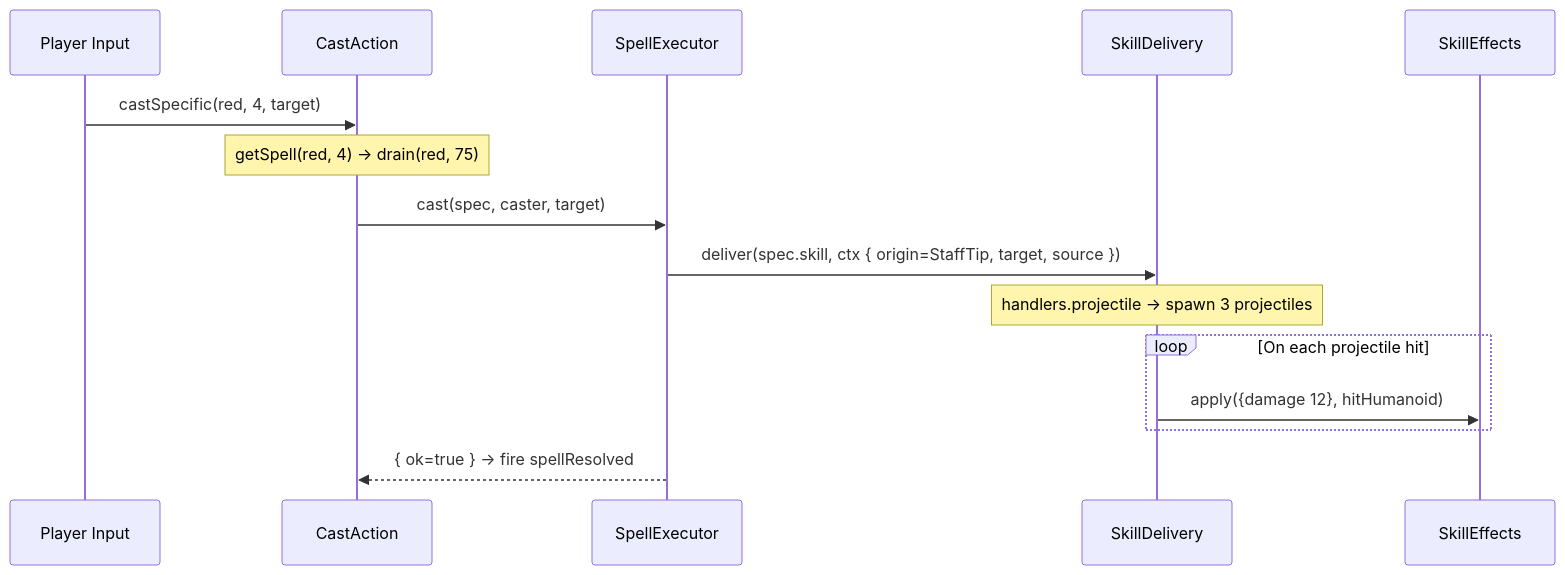
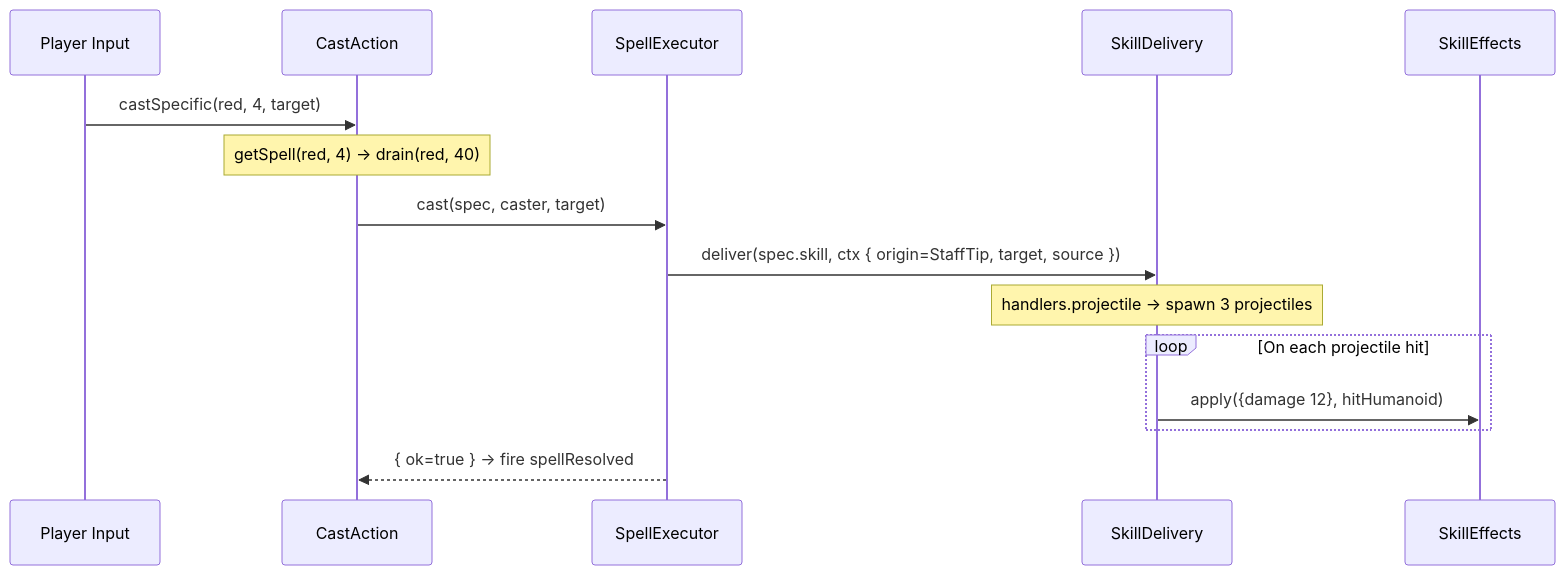
Before and after one commit to Lukizanda/brain-fighter: the fourth of 5 diagrams in wiki/systems/SkillPipeline.md, drawn with Mermaid. The commit also changed other lines of this file and 35 other files, not shown here.

````diff
--- a/wiki/systems/SkillPipeline.md
+++ b/wiki/systems/SkillPipeline.md
@@ -130,18 +132,18 @@
 ```mermaid
 sequenceDiagram
     participant P as Player Input
     participant CA as CastAction
     participant SE as SpellExecutor
     participant DR as SkillDelivery
     participant ER as SkillEffects
 
     P->>CA: castSpecific(red, 4, target)
-    Note over CA: getSpell(red, 4) → drain(red, 75)
+    Note over CA: getSpell(red, 4) → drain(red, 40)
     CA->>SE: cast(spec, caster, target)
     SE->>DR: deliver(spec.skill, ctx { origin=StaffTip, target, source })
     Note over DR: handlers.projectile → spawn 3 projectiles
     loop On each projectile hit
         DR->>ER: apply({damage 12}, hitHumanoid)
     end
     SE-->>CA: { ok=true } → fire spellResolved
 ```
````
